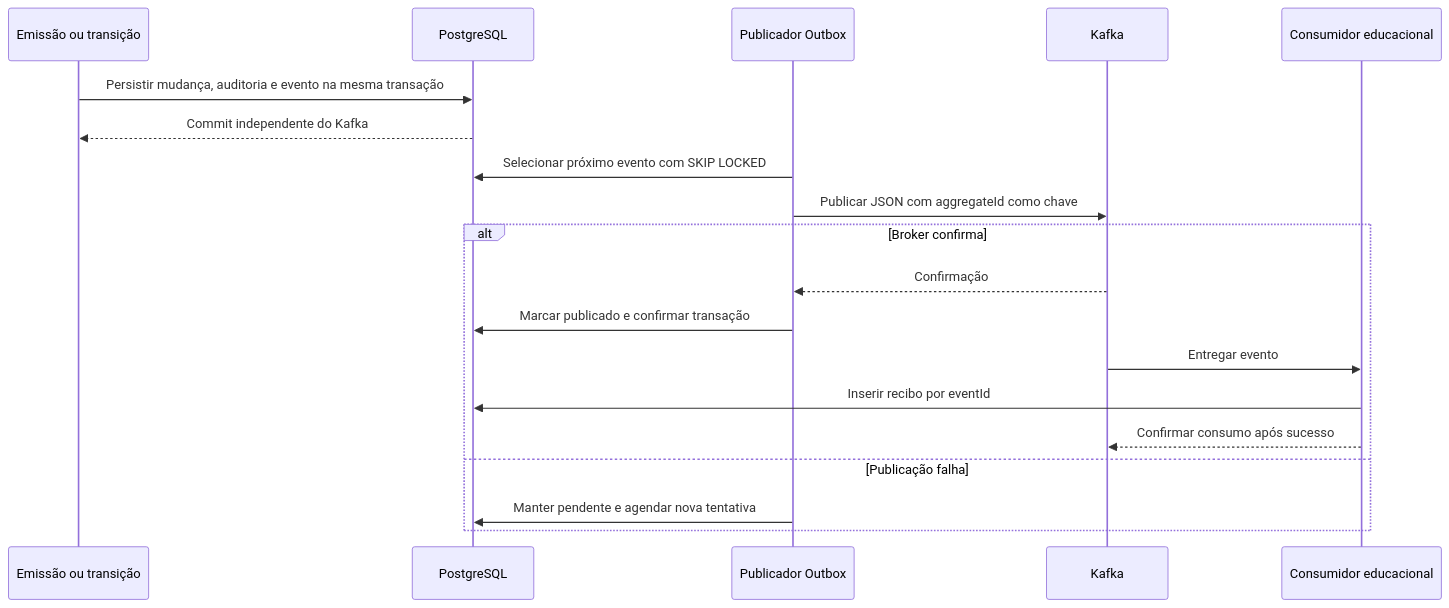
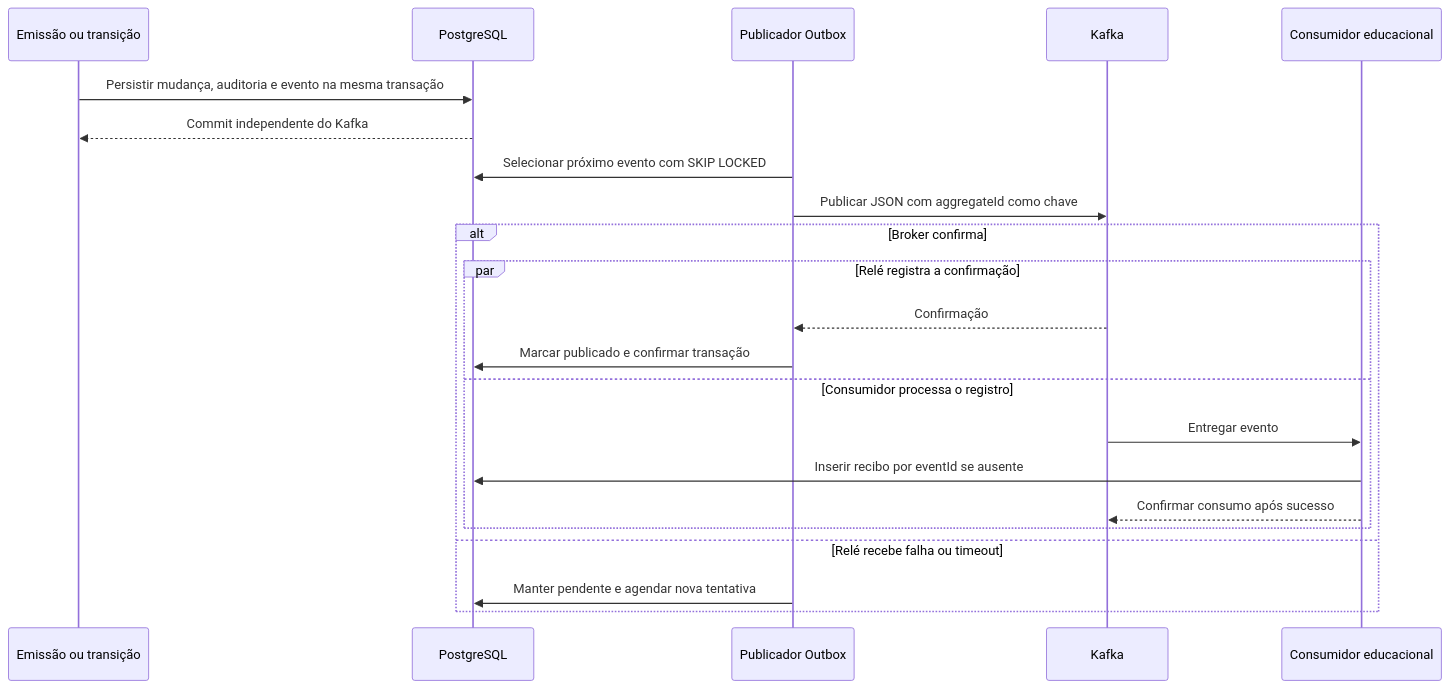
The first of 2 diagrams in docs-site/docs/referencia/eventos.md (jonatadev/BoletoPaymentLab), drawn with Mermaid before and after one commit. The commit also changed other lines of this file and 3 other files, not shown here.

Commit message:
docs(architecture): rework platform views and outbox diagrams

````diff
--- a/docs-site/docs/referencia/eventos.md
+++ b/docs-site/docs/referencia/eventos.md
@@ -41,23 +41,26 @@
 ```mermaid
 sequenceDiagram
   accTitle: Publicação e consumo de eventos no Kafka
-  accDescr: O relay aguarda confirmação do broker e o consumidor deduplica pelo ID.
+  accDescr: O commit da mudança precede a publicação. A confirmação do Outbox e o consumo do registro no Kafka podem ocorrer em paralelo.
   participant A as Emissão ou transição
   participant P as PostgreSQL
   participant R as Publicador Outbox
   participant K as Kafka
   participant C as Consumidor educacional
   A->>P: Persistir mudança, auditoria e evento na mesma transação
   P-->>A: Commit independente do Kafka
   R->>P: Selecionar próximo evento com SKIP LOCKED
   R->>K: Publicar JSON com aggregateId como chave
   alt Broker confirma
-    K-->>R: Confirmação
-    R->>P: Marcar publicado e confirmar transação
-    K->>C: Entregar evento
-    C->>P: Inserir recibo por eventId
-    C-->>K: Confirmar consumo após sucesso
-  else Publicação falha
+    par Relé registra a confirmação
+      K-->>R: Confirmação
+      R->>P: Marcar publicado e confirmar transação
+    and Consumidor processa o registro
+      K->>C: Entregar evento
+      C->>P: Inserir recibo por eventId se ausente
+      C-->>K: Confirmar consumo após sucesso
+    end
+  else Relé recebe falha ou timeout
     R->>P: Manter pendente e agendar nova tentativa
   end
 ```
````
